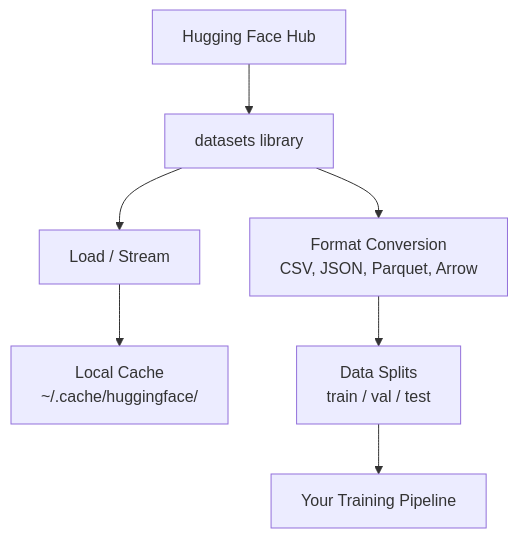
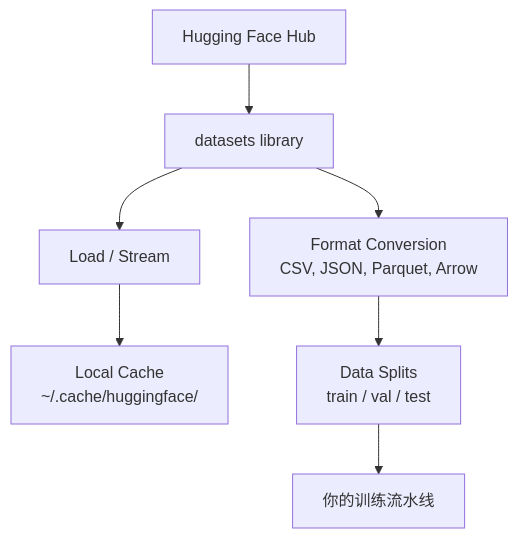
One commit to omigaZen/ai-engineering-from-scratch changed the diagram in phases/00-setup-and-tooling/09-data-management/docs/zh.md. Above: the diagram before and after it, drawn with Mermaid.

Commit message:
feat(phase-00/09): refine zh data management wording

````diff
--- a/phases/00-setup-and-tooling/09-data-management/docs/zh.md
+++ b/phases/00-setup-and-tooling/09-data-management/docs/zh.md
@@ -22,9 +22,9 @@
 ```mermaid
 graph TD
     A["Hugging Face Hub"] --> B["datasets library"]
     B --> C["Load / Stream"]
     C --> D["Local Cache<br/>~/.cache/huggingface/"]
     B --> E["Format Conversion<br/>CSV, JSON, Parquet, Arrow"]
     E --> F["Data Splits<br/>train / val / test"]
-    F --> G["Your Training Pipeline"]
+    F --> G["你的训练流水线"]
 ```
````
